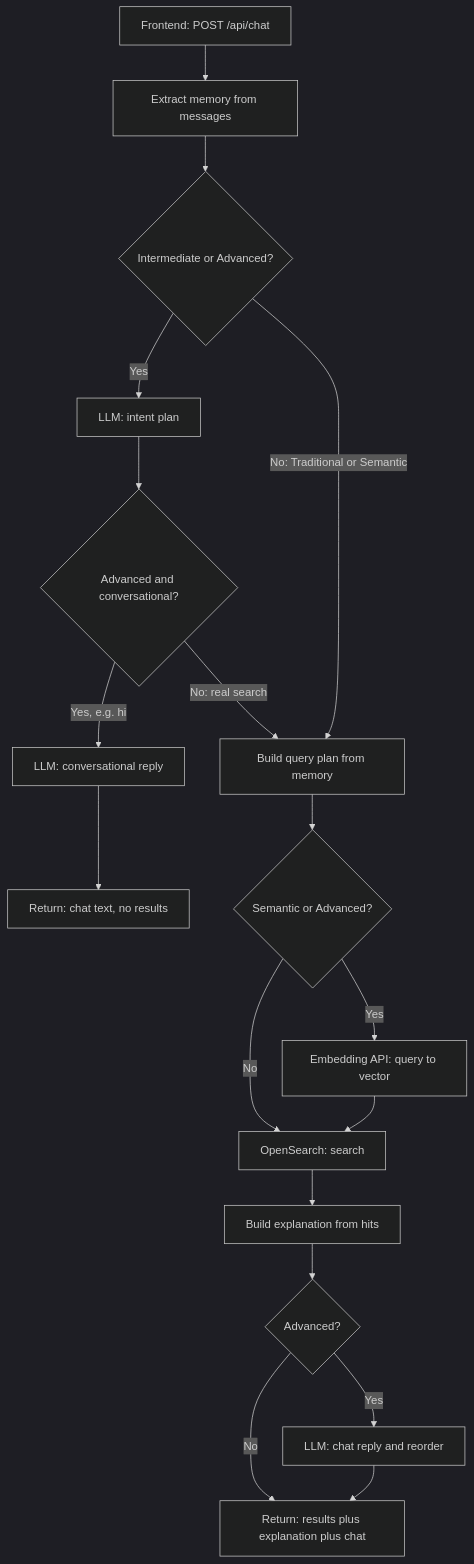
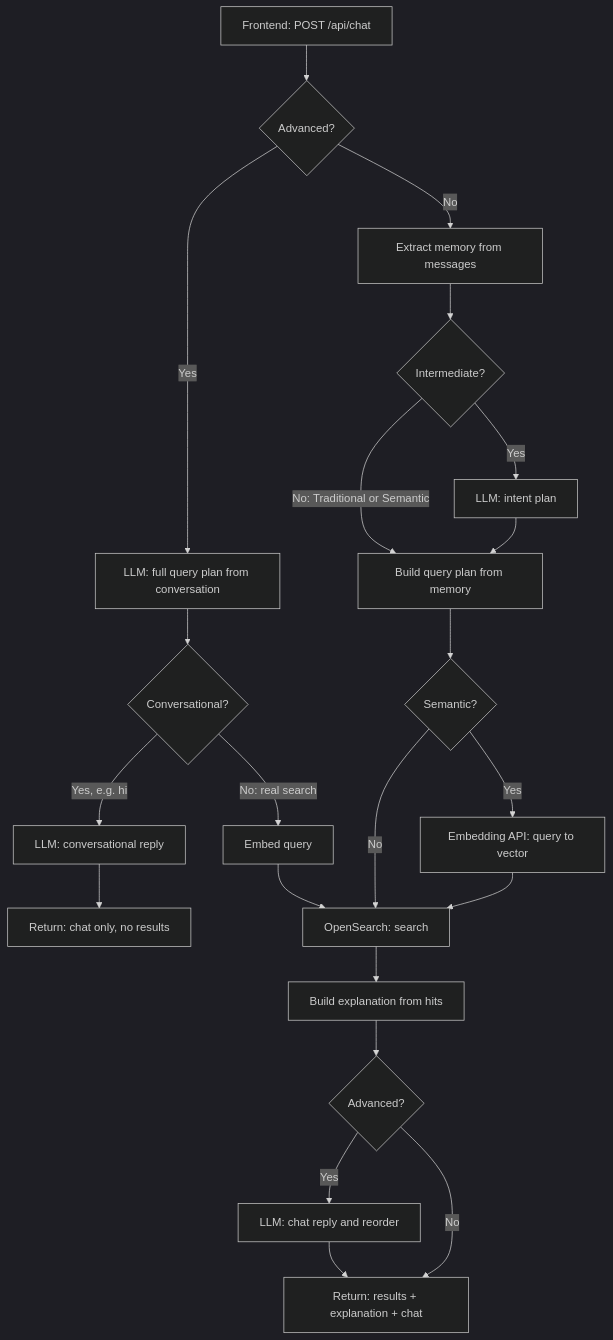
Before and after one commit to betloreilly/nextgen-location-search: the second of 3 diagrams in docs/architecture.md, drawn with Mermaid (dark theme). The commit also changed other lines of this file and 11 other files, not shown here.

Commit message:
Changes in advanced mode to use llms to prepare the Opensearch query

````diff
--- a/docs/architecture.md
+++ b/docs/architecture.md
@@ -61,20 +61,24 @@
 ```mermaid
 flowchart TD
-  A[Frontend: POST /api/chat] --> B[Extract memory from messages]
-  B --> C{Intermediate or Advanced?}
+  A[Frontend: POST /api/chat] --> ADV{Advanced?}
+  ADV -->|Yes| A1[LLM: full query plan from conversation]
+  A1 --> A2{Conversational?}
+  A2 -->|Yes, e.g. hi| F[LLM: conversational reply]
+  F --> Z1[Return: chat only, no results]
+  A2 -->|No: real search| H1[Embed query]
+  H1 --> J[OpenSearch: search]
+  ADV -->|No| B[Extract memory from messages]
+  B --> C{Intermediate?}
   C -->|No: Traditional or Semantic| G[Build query plan from memory]
   C -->|Yes| D[LLM: intent plan]
-  D --> E{Advanced and conversational?}
-  E -->|Yes, e.g. hi| F[LLM: conversational reply]
-  F --> Z1[Return: chat text, no results]
-  E -->|No: real search| G
-  G --> H{Semantic or Advanced?}
+  D --> G
+  G --> H{Semantic?}
   H -->|Yes| I[Embedding API: query to vector]
-  I --> J[OpenSearch: search]
   H -->|No| J
+  I --> J
   J --> K[Build explanation from hits]
   K --> L{Advanced?}
   L -->|Yes| M[LLM: chat reply and reorder]
-  M --> Z2[Return: results plus explanation plus chat]
+  M --> Z2[Return: results + explanation + chat]
   L -->|No| Z2
 ```
````
